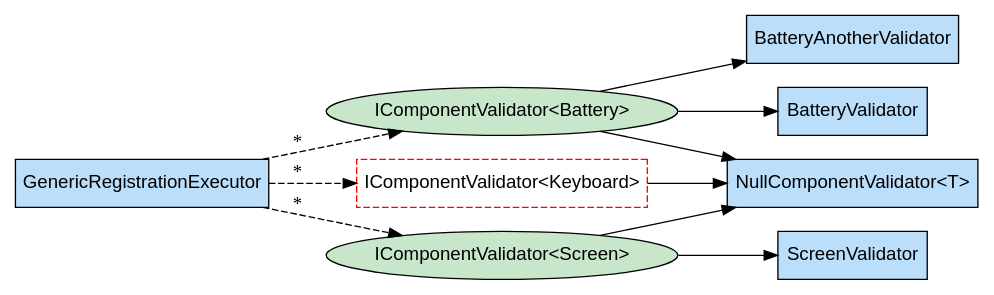
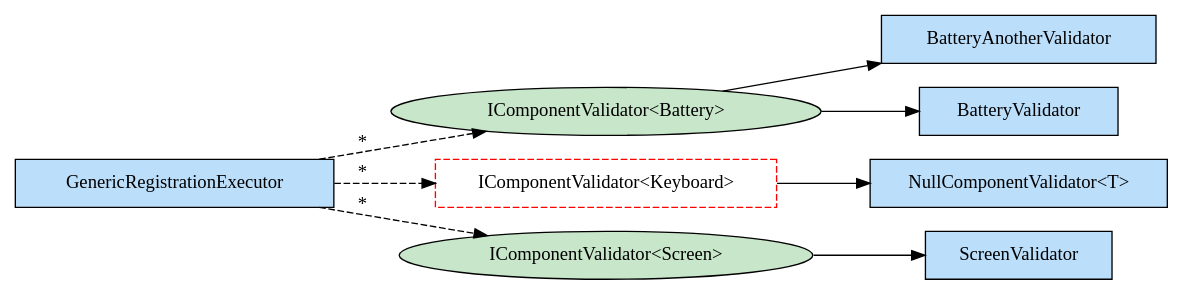
The diagram in examples/Qudi.Example.Readme/exported/GenericRegistrationExecutor.dot (arika0093/Qudi), drawn with Graphviz before and after one commit. The commit also changed 14 other files, not shown here.

```diff
--- a/examples/Qudi.Example.Readme/exported/GenericRegistrationExecutor.dot
+++ b/examples/Qudi.Example.Readme/exported/GenericRegistrationExecutor.dot
@@ -1,21 +1,19 @@
 digraph Qudi {
   rankdir=LR;
-  node [shape=box, fontname="Arial"];
+node [shape=box, fontname="Consolas"];
   "Qudi.Examples.GenericRegistration.BatteryAnotherValidator" [label="BatteryAnotherValidator", shape=box, style=filled, fillcolor="#bbdefb"];
   "Qudi.Examples.GenericRegistration.BatteryValidator" [label="BatteryValidator", shape=box, style=filled, fillcolor="#bbdefb"];
   "Qudi.Examples.GenericRegistration.GenericRegistrationExecutor" [label="GenericRegistrationExecutor", shape=box, style=filled, fillcolor="#bbdefb"];
   "Qudi.Examples.GenericRegistration.IComponentValidator<Qudi.Examples.GenericRegistration.Battery>" [label="IComponentValidator<Battery>", shape=ellipse, style=filled, fillcolor="#c8e6c9"];
   "Qudi.Examples.GenericRegistration.IComponentValidator<Qudi.Examples.GenericRegistration.Keyboard>" [label="IComponentValidator<Keyboard>", shape=box, style=dashed, color=red];
   "Qudi.Examples.GenericRegistration.IComponentValidator<Qudi.Examples.GenericRegistration.Screen>" [label="IComponentValidator<Screen>", shape=ellipse, style=filled, fillcolor="#c8e6c9"];
   "Qudi.Examples.GenericRegistration.NullComponentValidator<T>" [label="NullComponentValidator<T>", shape=box, style=filled, fillcolor="#bbdefb"];
   "Qudi.Examples.GenericRegistration.ScreenValidator" [label="ScreenValidator", shape=box, style=filled, fillcolor="#bbdefb"];
   "Qudi.Examples.GenericRegistration.IComponentValidator<Qudi.Examples.GenericRegistration.Battery>" -> "Qudi.Examples.GenericRegistration.BatteryValidator";
   "Qudi.Examples.GenericRegistration.IComponentValidator<Qudi.Examples.GenericRegistration.Battery>" -> "Qudi.Examples.GenericRegistration.BatteryAnotherValidator";
   "Qudi.Examples.GenericRegistration.IComponentValidator<Qudi.Examples.GenericRegistration.Screen>" -> "Qudi.Examples.GenericRegistration.ScreenValidator";
   "Qudi.Examples.GenericRegistration.GenericRegistrationExecutor" -> "Qudi.Examples.GenericRegistration.IComponentValidator<Qudi.Examples.GenericRegistration.Battery>" [label="*", style=dashed];
   "Qudi.Examples.GenericRegistration.GenericRegistrationExecutor" -> "Qudi.Examples.GenericRegistration.IComponentValidator<Qudi.Examples.GenericRegistration.Screen>" [label="*", style=dashed];
   "Qudi.Examples.GenericRegistration.GenericRegistrationExecutor" -> "Qudi.Examples.GenericRegistration.IComponentValidator<Qudi.Examples.GenericRegistration.Keyboard>" [label="*", style=dashed];
-  "Qudi.Examples.GenericRegistration.IComponentValidator<Qudi.Examples.GenericRegistration.Battery>" -> "Qudi.Examples.GenericRegistration.NullComponentValidator<T>";
-  "Qudi.Examples.GenericRegistration.IComponentValidator<Qudi.Examples.GenericRegistration.Screen>" -> "Qudi.Examples.GenericRegistration.NullComponentValidator<T>";
   "Qudi.Examples.GenericRegistration.IComponentValidator<Qudi.Examples.GenericRegistration.Keyboard>" -> "Qudi.Examples.GenericRegistration.NullComponentValidator<T>";
 }
```
